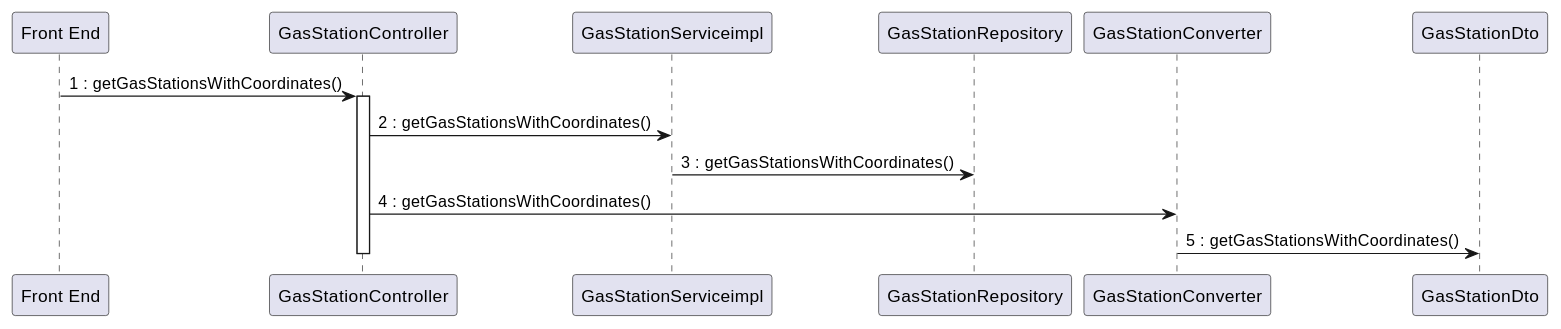
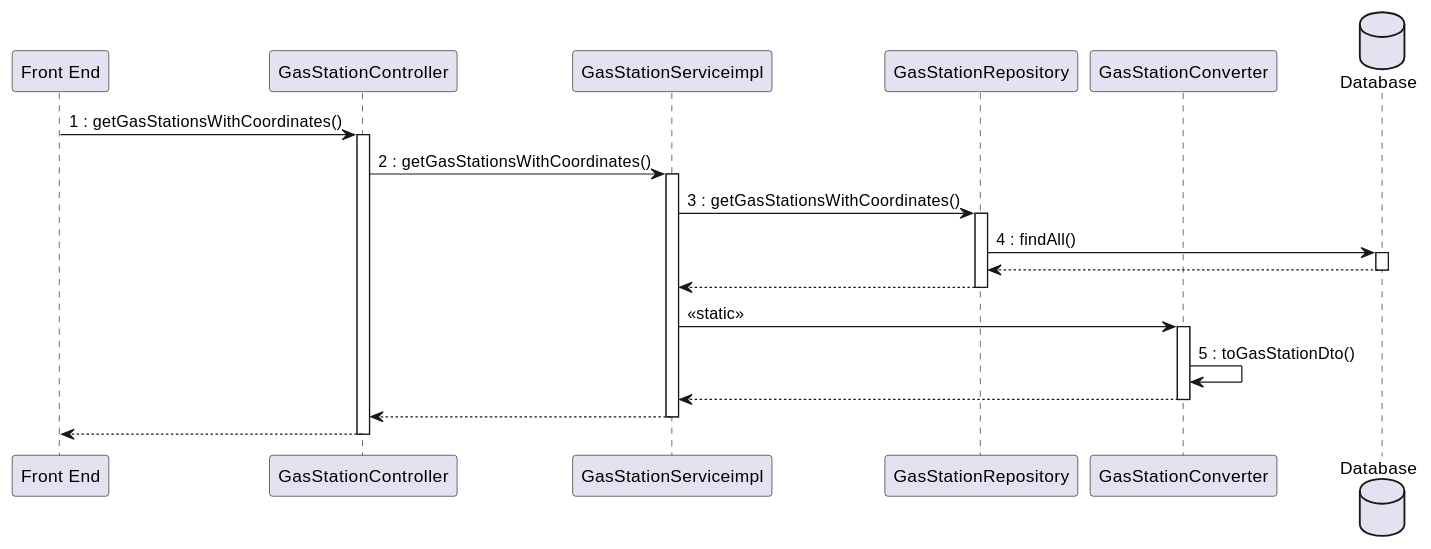
One commit to mosTavassoli/ezgas changed diagram 12 of 15 in docs/DesignDocument.md. Above: the diagram before and after it, drawn with PlantUML. The commit also changed other lines of this file, not shown here.

Commit message:
docs(DesignDocument): edit sequence diagrams

````diff
--- a/docs/DesignDocument.md
+++ b/docs/DesignDocument.md
@@ -677,12 +776,19 @@
 ```plantuml
+database Database order 30
 "Front End" -> GasStationController:1 : getGasStationsWithCoordinates()
 activate GasStationController
 GasStationController -> GasStationServiceimpl:2 : getGasStationsWithCoordinates()
-
+activate GasStationServiceimpl
 GasStationServiceimpl -> GasStationRepository:3 : getGasStationsWithCoordinates()
-
-GasStationController -> GasStationConverter:4 : getGasStationsWithCoordinates()
-
-GasStationConverter -> GasStationDto:5 : getGasStationsWithCoordinates()
-deactivate GasStationController
+activate GasStationRepository
+GasStationRepository -> Database:4 : findAll()
+activate Database
+return
+return
+GasStationServiceimpl -> GasStationConverter:<<static>>
+activate GasStationConverter
+GasStationConverter -> GasStationConverter:5 : toGasStationDto()
+return
+return
+return
 ```
````
